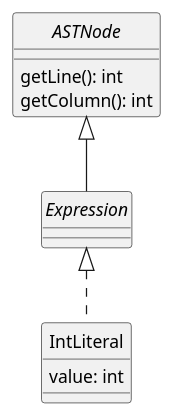
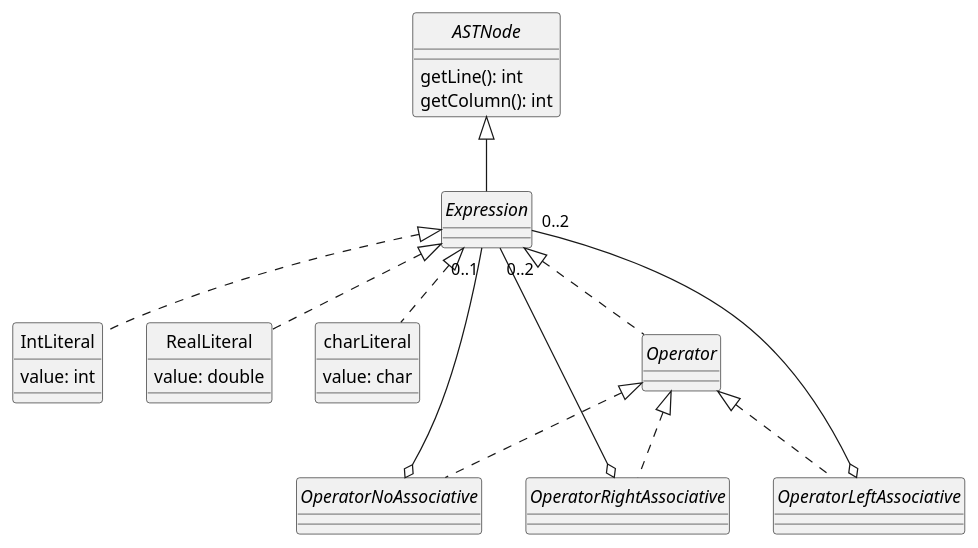
Before and after one commit to uo277516/dlp-compiler: the diagram in docs/diagrams/expressions.plantuml, drawn with PlantUML. The commit also changed 3 other files, not shown here.

Commit message:
Diagramas actualizados en casa

```diff
--- a/docs/diagrams/expressions.plantuml
+++ b/docs/diagrams/expressions.plantuml
@@ -1,21 +1,48 @@
 @startuml Expressions
 skinparam style strictuml
 skinparam monochrome true
 
 
 interface ASTNode {
     getLine(): int
     getColumn(): int
 }
 
 interface Expression
 
 
 class IntLiteral {
     value: int
 }
 
+class RealLiteral {
+    value: double
+}
+
+class charLiteral {
+    value: char
+}
+
+interface Operator
+
+interface OperatorNoAssociative
+interface OperatorRightAssociative
+interface OperatorLeftAssociative
+
+
 ASTNode <|-- Expression
 Expression <|.. IntLiteral
+Expression <|.. RealLiteral
+Expression <|.. charLiteral
+Expression <|.. Operator
+
+Operator <|.. OperatorNoAssociative
+Operator <|.. OperatorRightAssociative
+Operator <|.. OperatorLeftAssociative
+
+OperatorNoAssociative o-- "0..1" Expression
+OperatorRightAssociative o-- "0..2" Expression
+OperatorLeftAssociative o-- "0..2" Expression
+
 
 @enduml
```
